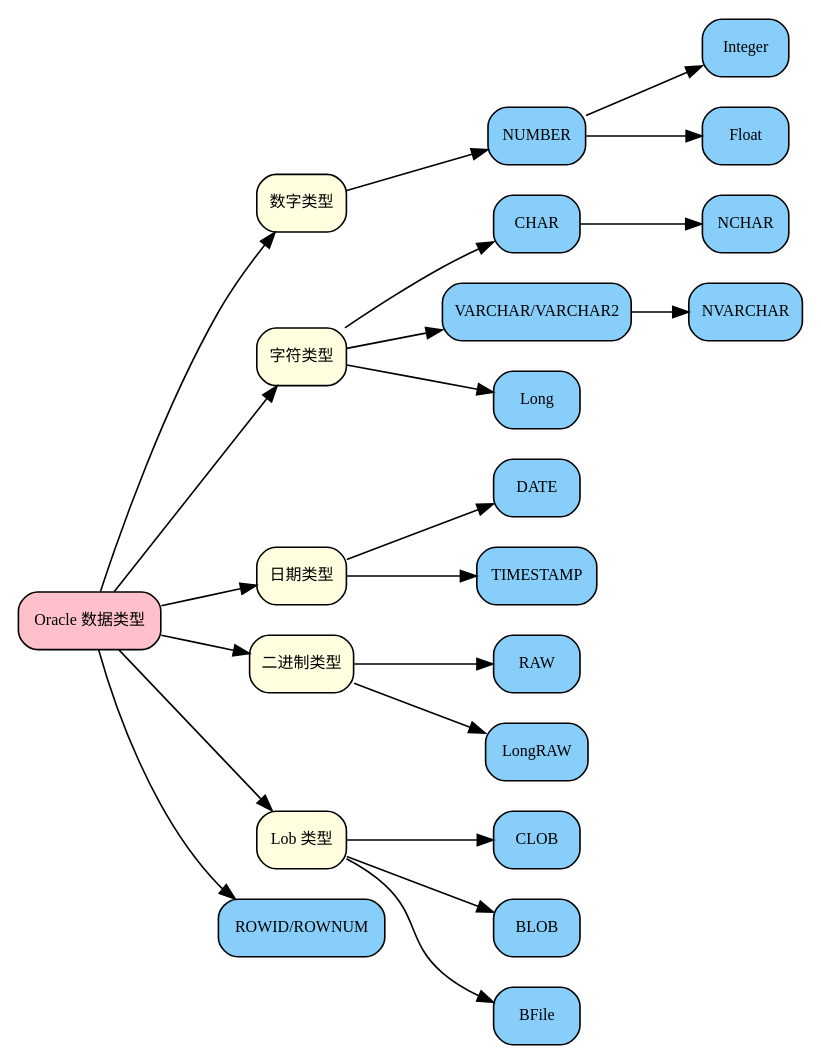
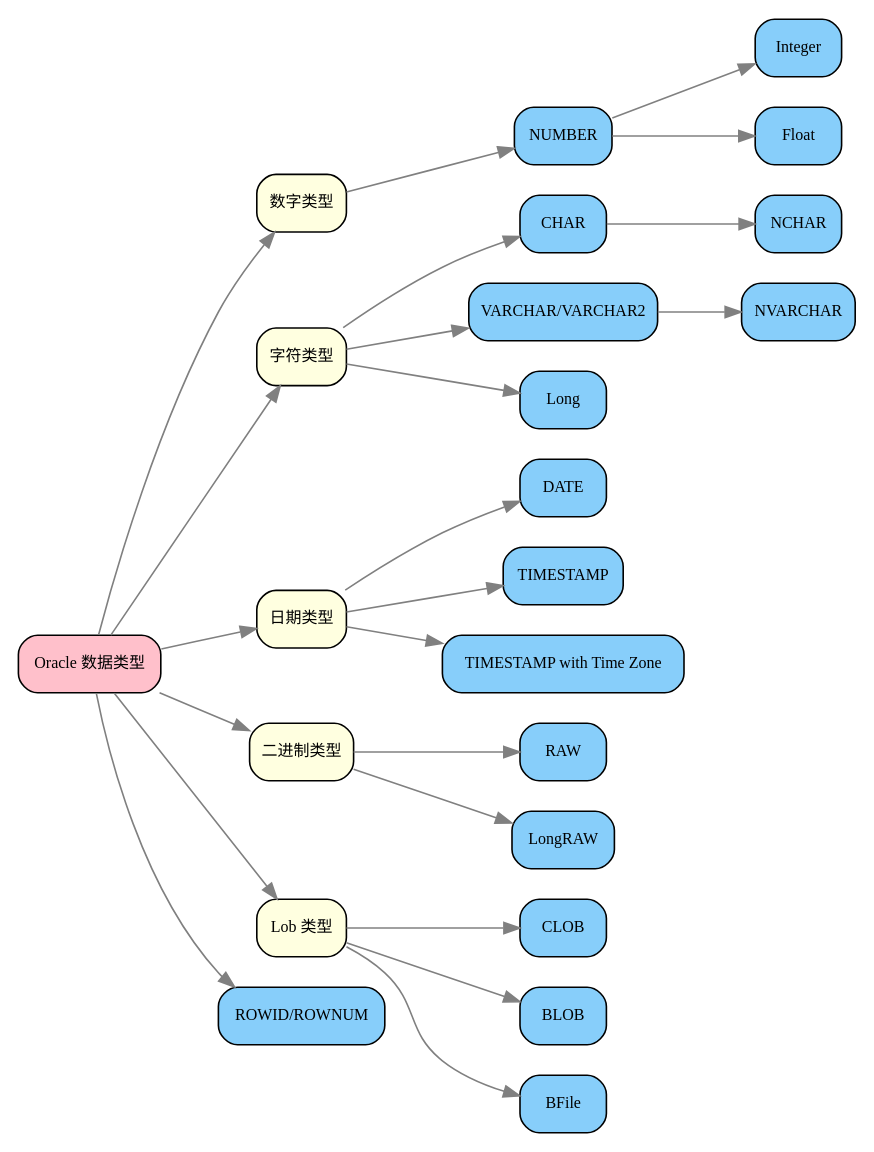
The fourth of 5 diagrams in database-oracle.org (softwarelyz/note), drawn with Graphviz before and after one commit. The commit also changed other lines of this file and 6 other files, not shown here.

```diff
--- a/database-oracle.org
+++ b/database-oracle.org
@@ -806,29 +816,30 @@
 #+BEGIN_SRC dot :file assets/dot/oracle_dataType.jpg :exports results
   digraph dt {
       rankdir=LR;
+      edge [color=grey];
       node [shape=Mrecord,fontname=SimSun,fontsize=10,style=filled,fillcolor=lightskyblue];
       DataType [label="Oracle 数据类型",fillcolor=pink];
       {
         node [fillcolor=lightyellow];
         Numeric [label=" 数字类型 "];
         Character [label=" 字符类型 "];
         DATEType [label=" 日期类型 "];
         RAWType [label=" 二进制类型 "];
         LOB [label=" Lob 类型 "];
       }
 
       {
         CHAR;
         VARCHAR [label="VARCHAR/VARCHAR2"];
       }
 
       DataType -> { Numeric, Character, DATEType, RAWType, LOB, "ROWID/ROWNUM" };
       Numeric -> NUMBER -> { Integer, Float };
       Character -> { CHAR, VARCHAR, Long };
       CHAR -> NCHAR;
       VARCHAR -> NVARCHAR;
-      DATEType -> { DATE, TIMESTAMP };
+      DATEType -> { DATE, TIMESTAMP, "TIMESTAMP with Time Zone" };
       RAWType -> { RAW, LongRAW };
       LOB -> { CLOB, BLOB, BFile }
   }
 #+END_SRC
```
